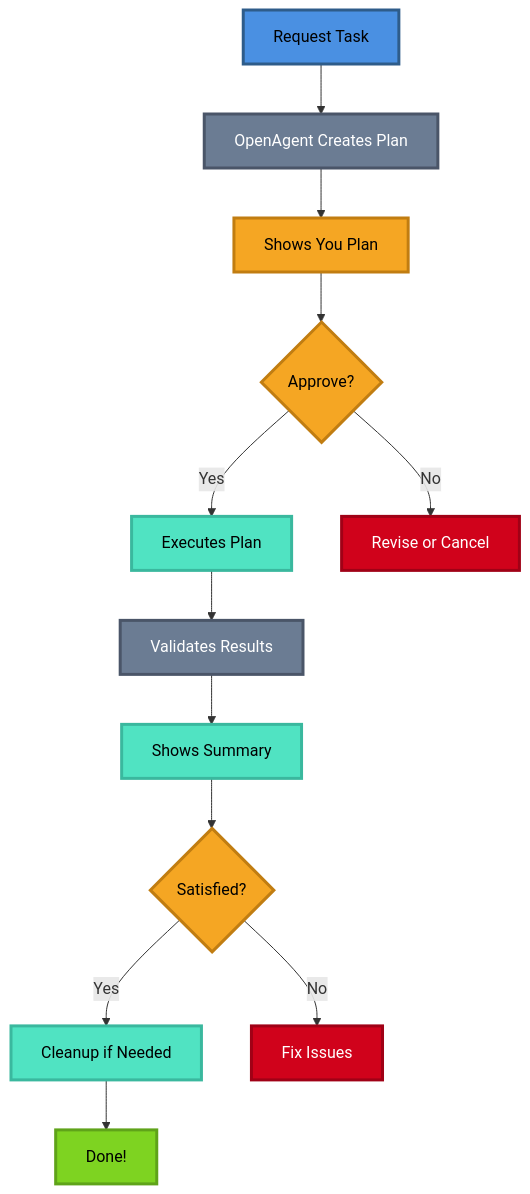
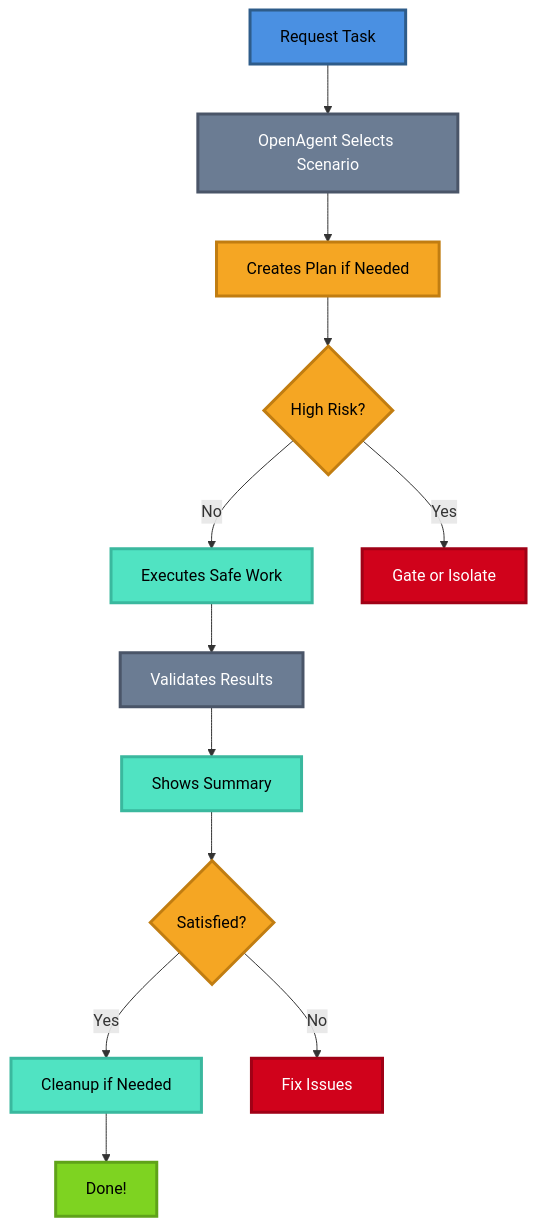
Before and after one commit to kalihat007/OpenAgentsControl: the third of 17 diagrams in docs/agents/openagent.md, drawn with Mermaid. The commit also changed other lines of this file and 23 other files, not shown here.

Commit message:
Make OpenAgent default to Quest Experts mode

````diff
--- a/docs/agents/openagent.md
+++ b/docs/agents/openagent.md
@@ -115,27 +115,27 @@
 ```mermaid
 graph TD
-    A[Request Task] --> B[OpenAgent Creates Plan]
-    B --> C[Shows You Plan]
-    C --> D{Approve?}
-    D -->|Yes| E[Executes Plan]
-    D -->|No| F[Revise or Cancel]
+    A[Request Task] --> B[OpenAgent Selects Scenario]
+    B --> C[Creates Plan if Needed]
+    C --> D{High Risk?}
+    D -->|No| E[Executes Safe Work]
+    D -->|Yes| F[Gate or Isolate]
     E --> G[Validates Results]
     G --> H[Shows Summary]
     H --> I{Satisfied?}
     I -->|Yes| J[Cleanup if Needed]
     I -->|No| K[Fix Issues]
     J --> L[Done!]
     
     style A fill:#4A90E2,stroke:#2E5C8A,stroke-width:3px,color:#000
     style B fill:#6B7C93,stroke:#4A5568,stroke-width:3px,color:#fff
     style C fill:#F5A623,stroke:#C17D11,stroke-width:3px,color:#000
     style D fill:#F5A623,stroke:#C17D11,stroke-width:3px,color:#000
     style E fill:#50E3C2,stroke:#3AB89E,stroke-width:3px,color:#000
     style F fill:#D0021B,stroke:#A00116,stroke-width:3px,color:#fff
     style G fill:#6B7C93,stroke:#4A5568,stroke-width:3px,color:#fff
     style H fill:#50E3C2,stroke:#3AB89E,stroke-width:3px,color:#000
     style I fill:#F5A623,stroke:#C17D11,stroke-width:3px,color:#000
     style J fill:#50E3C2,stroke:#3AB89E,stroke-width:3px,color:#000
     style K fill:#D0021B,stroke:#A00116,stroke-width:3px,color:#fff
     style L fill:#7ED321,stroke:#5FA319,stroke-width:3px,color:#000
 ```
````
